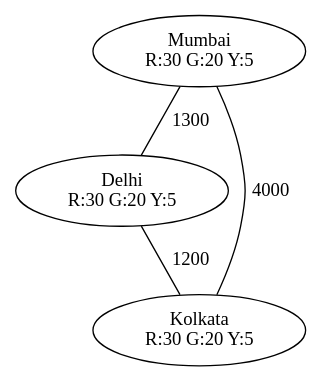
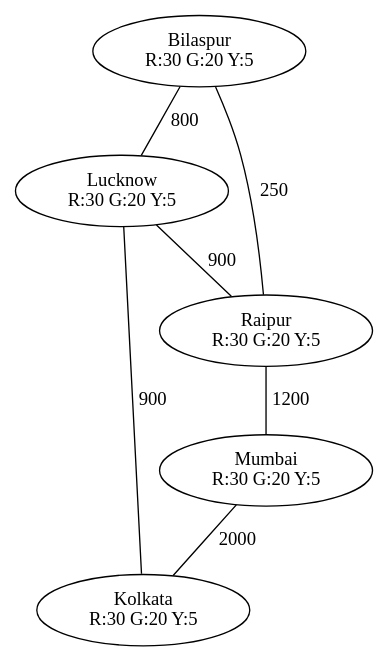
The diagram in graphviz.dot (dexisback/DSA_Theory_Project), drawn with Graphviz before and after one commit. The commit also changed 1 other file, not shown here.

```diff
--- a/graphviz.dot
+++ b/graphviz.dot
@@ -1,10 +1,15 @@
 graph City {
   overlap=false;
   splines=true;
-  n0 [label="Mumbai\nR:30 G:20 Y:5"];
-  n1 [label="Delhi\nR:30 G:20 Y:5"];
-  n2 [label="Kolkata\nR:30 G:20 Y:5"];
-  n0 -- n2 [label="4000"];
-  n0 -- n1 [label="1300"];
-  n1 -- n2 [label="1200"];
+  n0 [label="Bilaspur\nR:30 G:20 Y:5"];
+  n1 [label="Lucknow\nR:30 G:20 Y:5"];
+  n2 [label="Raipur\nR:30 G:20 Y:5"];
+  n3 [label="Mumbai\nR:30 G:20 Y:5"];
+  n4 [label="Kolkata\nR:30 G:20 Y:5"];
+  n0 -- n1 [label="800"];
+  n0 -- n2 [label="250"];
+  n1 -- n2 [label="900"];
+  n1 -- n4 [label="900"];
+  n2 -- n3 [label="1200"];
+  n3 -- n4 [label="2000"];
 }
```
